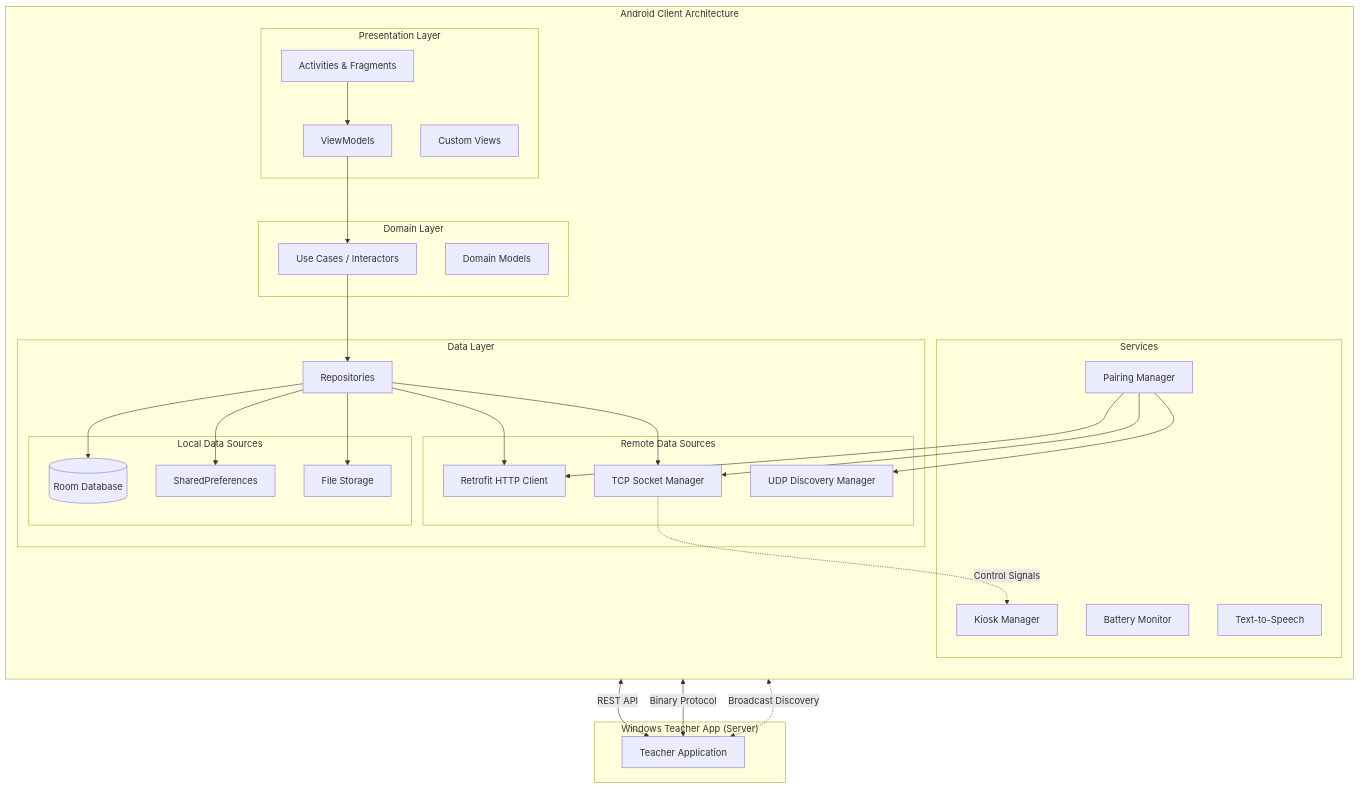
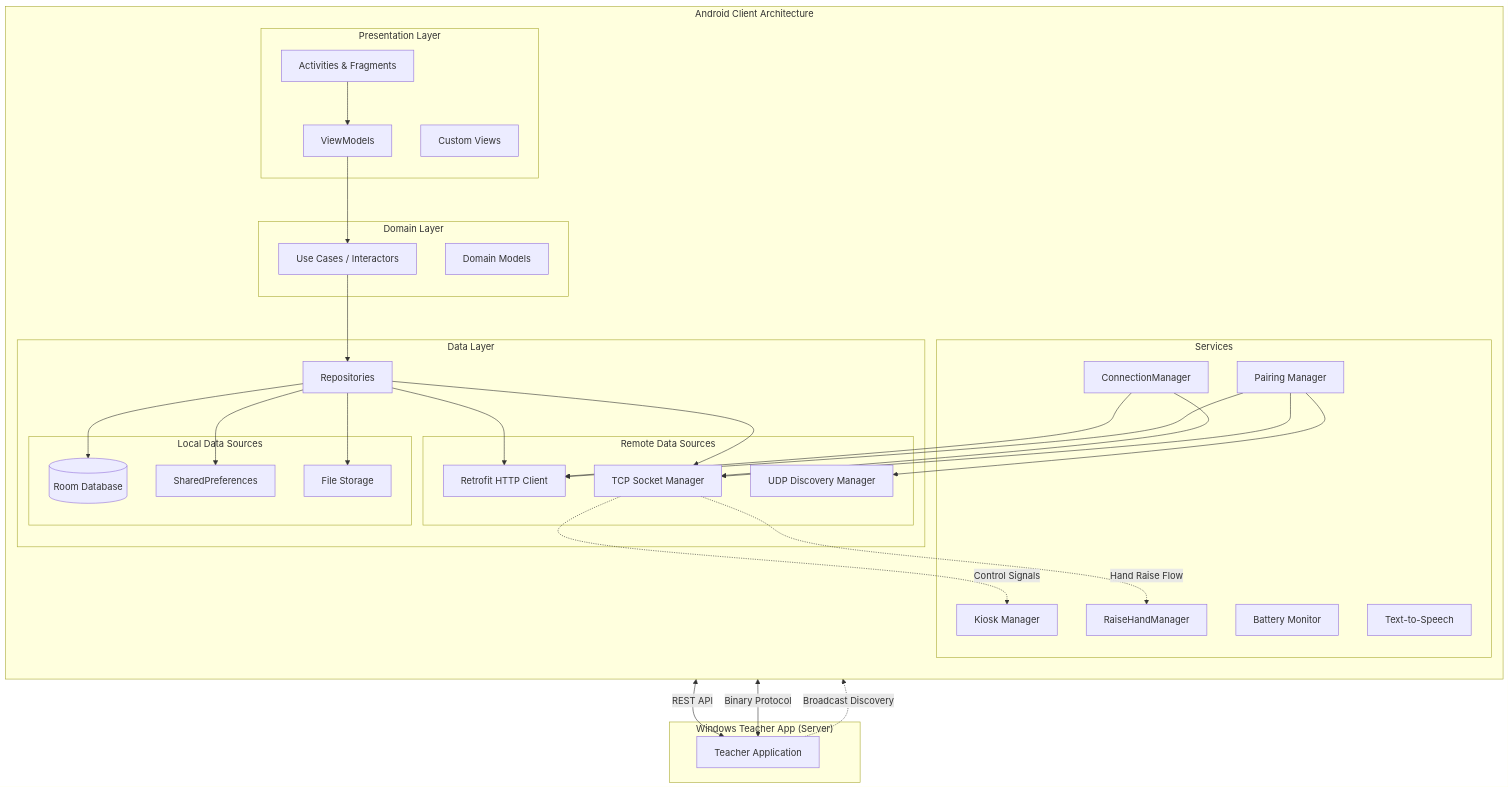
The first of 15 diagrams in docs/Android System Design.md (raphaellith/Manuscripta), drawn with Mermaid before and after one commit.

Commit message:
feat: add RaiseHandManager and ConnectionManager components and their interactions, and correct broadcast discovery arrow direction.

````diff
--- a/docs/Android System Design.md
+++ b/docs/Android System Design.md
@@ -21,63 +21,69 @@
 ```mermaid
 graph TB
     subgraph "Android Client Architecture"
         direction TB
         
         subgraph "Presentation Layer"
             VM[ViewModels]
             UI[Activities & Fragments]
             CV[Custom Views]
         end
         
         subgraph "Domain Layer"
             DM[Domain Models]
             UC[Use Cases / Interactors]
         end
         
         subgraph "Data Layer"
             REPO[Repositories]
             
             subgraph "Local Data Sources"
                 ROOM[(Room Database)]
                 PREFS[SharedPreferences]
                 FILES[File Storage]
             end
             
             subgraph "Remote Data Sources"
                 HTTP[Retrofit HTTP Client]
                 TCP[TCP Socket Manager]
                 UDP[UDP Discovery Manager]
             end
         end
         
         subgraph "Services"
             KIOSK[Kiosk Manager]
             BATT[Battery Monitor]
             TTS[Text-to-Speech]
             PAIR[Pairing Manager]
+            RHM[RaiseHandManager]
+            CM[ConnectionManager]
         end
     end
     
     UI --> VM
     VM --> UC
     UC --> REPO
     REPO --> ROOM
     REPO --> HTTP
     REPO --> TCP
     REPO --> PREFS
     REPO --> FILES
     
     PAIR --> UDP
     PAIR --> TCP
     PAIR --> HTTP
     
+    CM --> TCP
+    CM --> HTTP
+    
     TCP -.->|Control Signals| KIOSK
+    TCP -.->|Hand Raise Flow| RHM
     
     subgraph "Windows Teacher App (Server)"
         WIN[Teacher Application]
     end
     
     HTTP <-->|REST API| WIN
     TCP <-->|Binary Protocol| WIN
-    UDP <-.->|Broadcast Discovery| WIN
+    WIN -.->|Broadcast Discovery| UDP
 ```
````
